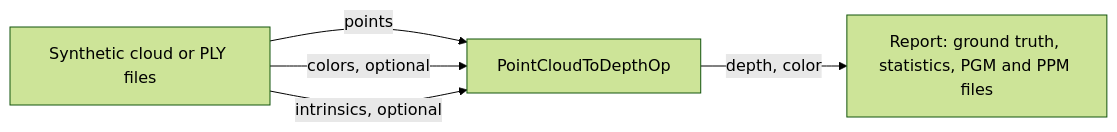
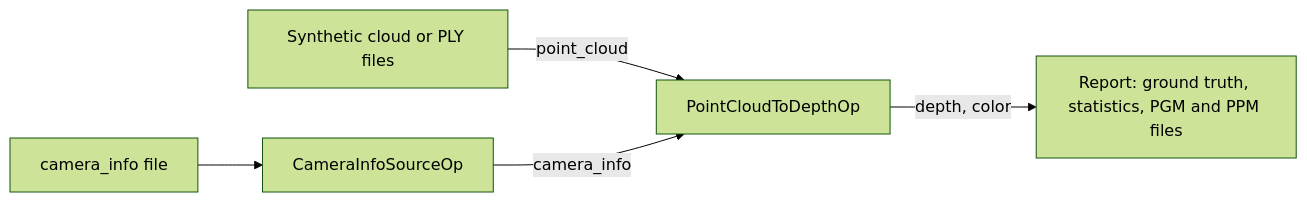
The diagram in applications/point_cloud_to_depth/README.md (snknitheesh/holoscan-zozo-modules), drawn with Mermaid (forest theme) before and after one commit. The commit also changed other lines of this file and 43 other files, not shown here.

First line of the commit message:
holoscan-point-cloud 2.0.0: take camera info and send point clouds as messages

````diff
--- a/applications/point_cloud_to_depth/README.md
+++ b/applications/point_cloud_to_depth/README.md
@@ -9,7 +11,7 @@
 ```mermaid
 flowchart LR
-    S[Synthetic cloud or PLY files] -->|points| P[PointCloudToDepthOp]
-    S -->|colors, optional| P
-    S -->|intrinsics, optional| P
+    Y[camera_info file] --> C[CameraInfoSourceOp]
+    S[Synthetic cloud or PLY files] -->|point_cloud| P[PointCloudToDepthOp]
+    C -->|camera_info| P
     P -->|depth, color| R[Report: ground truth, statistics, PGM and PPM files]
 ```
````
